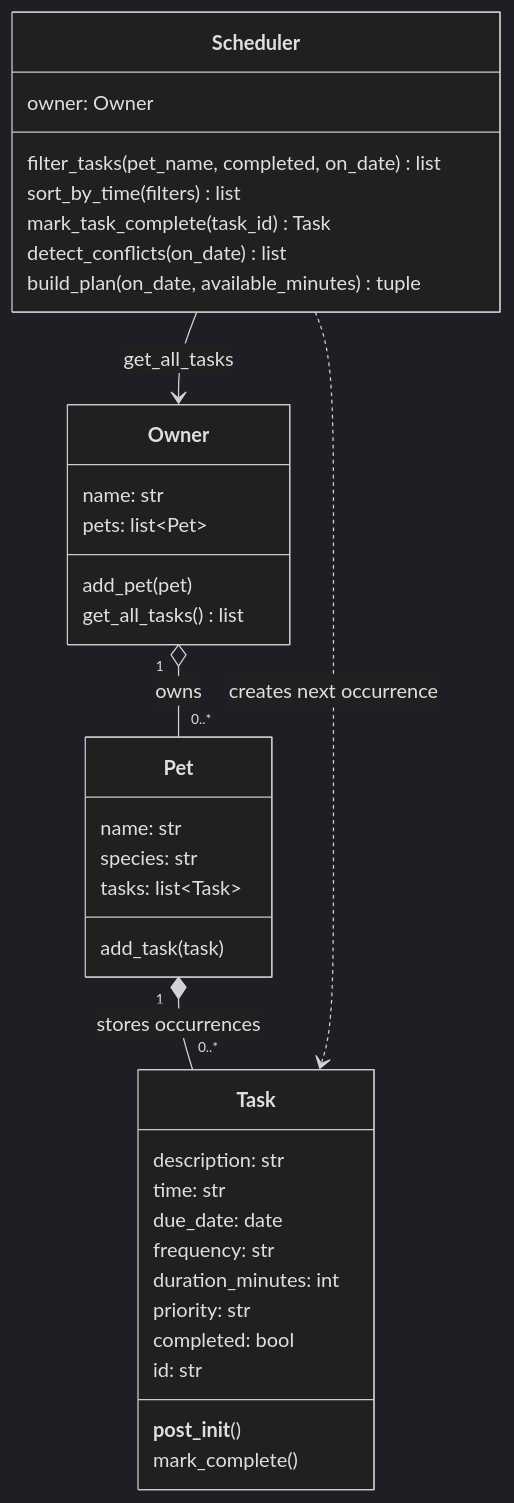
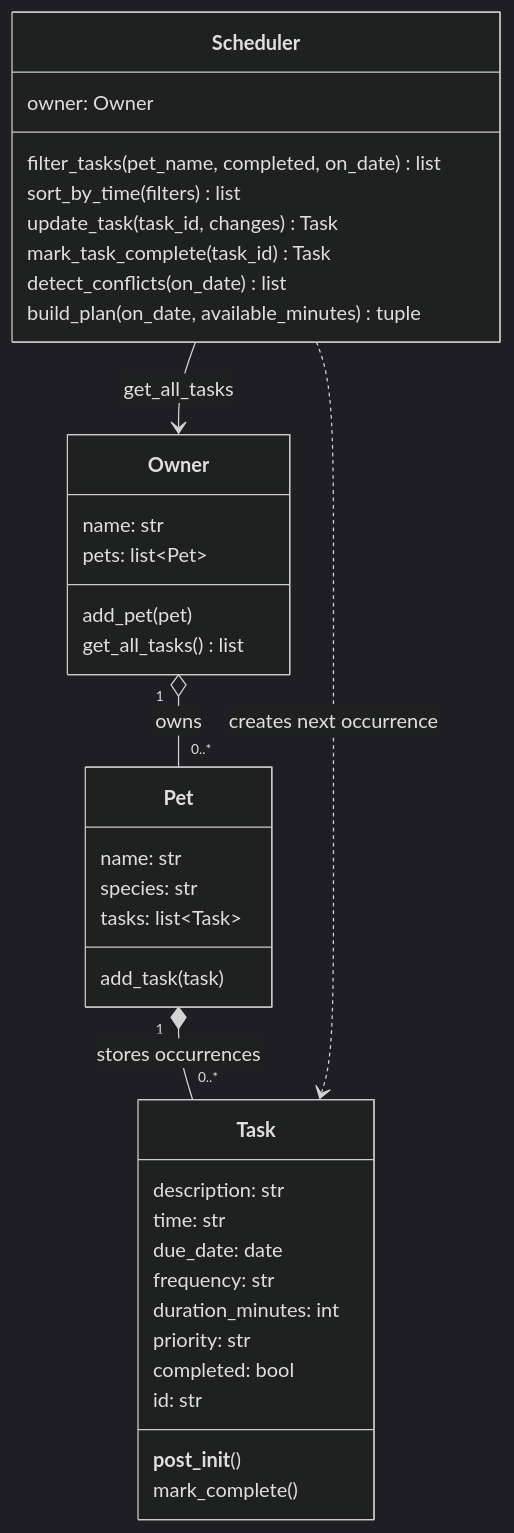
One commit to Amos-Isaya/ai110-module2show-pawpal-starter changed the diagram in diagrams/uml_final.mmd. Above: the diagram before and after it, drawn with Mermaid (dark theme). The commit also changed 11 other files, not shown here.

```diff
--- a/diagrams/uml_final.mmd
+++ b/diagrams/uml_final.mmd
@@ -1,37 +1,38 @@
 classDiagram
     Owner "1" o-- "0..*" Pet : owns
     Pet "1" *-- "0..*" Task : stores occurrences
     Scheduler --> Owner : get_all_tasks
     Scheduler ..> Task : creates next occurrence
     class Owner {
         name: str
         pets: list~Pet~
         add_pet(pet)
         get_all_tasks() list
     }
     class Pet {
         name: str
         species: str
         tasks: list~Task~
         add_task(task)
     }
     class Task {
         description: str
         time: str
         due_date: date
         frequency: str
         duration_minutes: int
         priority: str
         completed: bool
         id: str
         __post_init__()
         mark_complete()
     }
     class Scheduler {
         owner: Owner
         filter_tasks(pet_name, completed, on_date) list
         sort_by_time(filters) list
+        update_task(task_id, changes) Task
         mark_task_complete(task_id) Task
         detect_conflicts(on_date) list
         build_plan(on_date, available_minutes) tuple
     }
```
